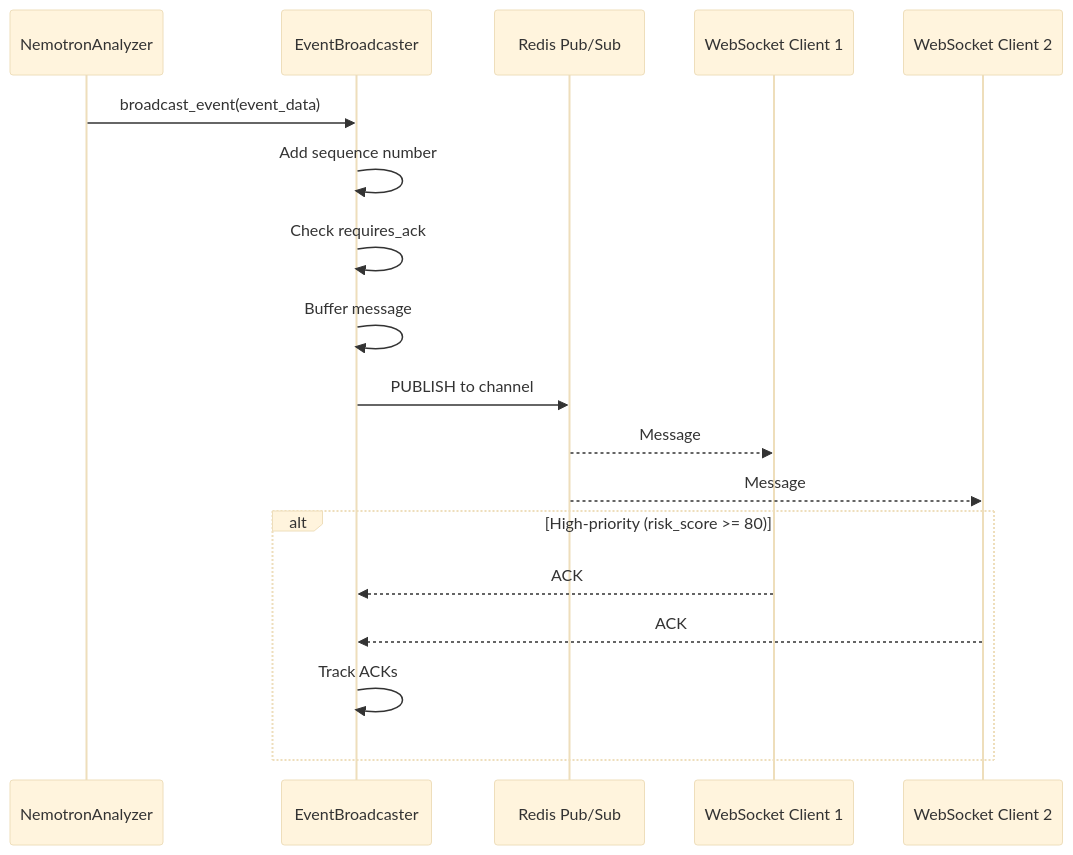
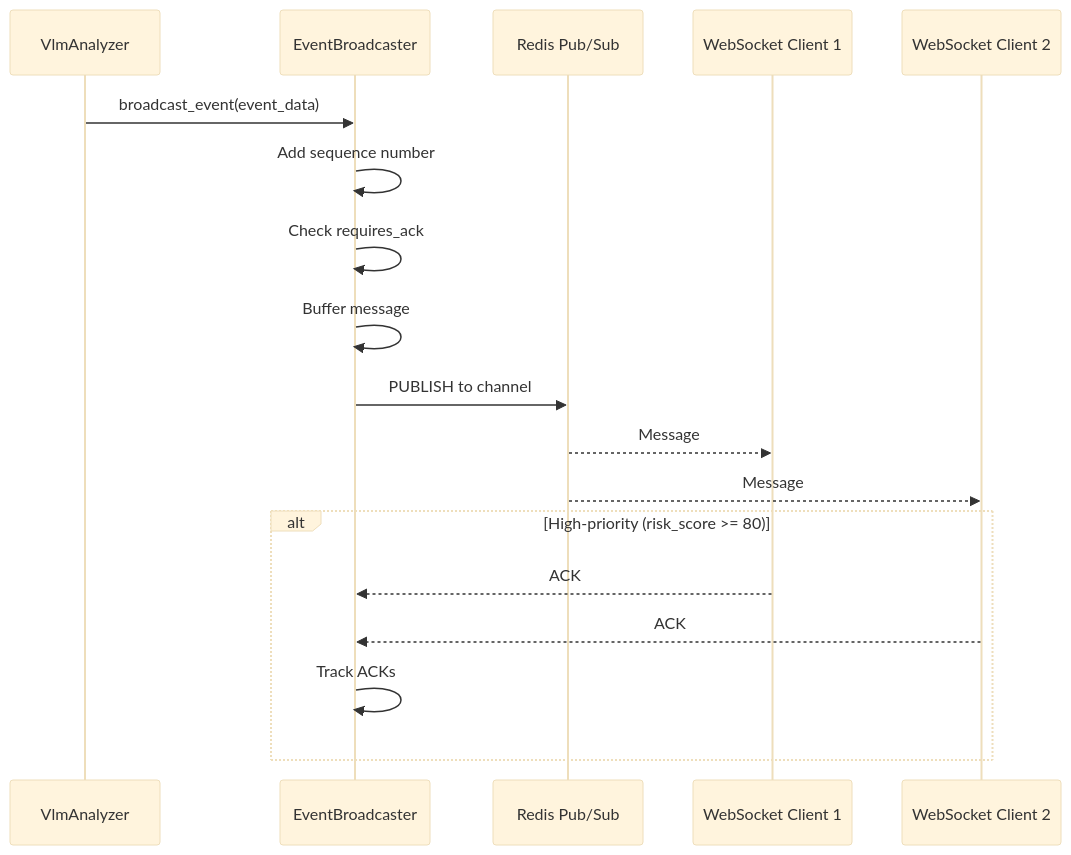
Before and after one commit to mikesvoboda/nemotron-v3-home-security-intelligence: the second of 4 diagrams in docs/architecture/dataflows/event-lifecycle.md, drawn with Mermaid (base theme). The commit also changed other lines of this file and 231 other files, not shown here.

````diff
--- a/docs/architecture/dataflows/event-lifecycle.md
+++ b/docs/architecture/dataflows/event-lifecycle.md
@@ -103,22 +128,22 @@
 ```mermaid
 sequenceDiagram
-    participant NA as NemotronAnalyzer
+    participant VA as VlmAnalyzer
     participant EB as EventBroadcaster
     participant Redis as Redis Pub/Sub
     participant WS1 as WebSocket Client 1
     participant WS2 as WebSocket Client 2
 
-    NA->>EB: broadcast_event(event_data)
+    VA->>EB: broadcast_event(event_data)
     EB->>EB: Add sequence number
     EB->>EB: Check requires_ack
     EB->>EB: Buffer message
     EB->>Redis: PUBLISH to channel
     Redis-->>WS1: Message
     Redis-->>WS2: Message
 
     alt High-priority (risk_score >= 80)
         WS1-->>EB: ACK
         WS2-->>EB: ACK
         EB->>EB: Track ACKs
     end
 ```
````
